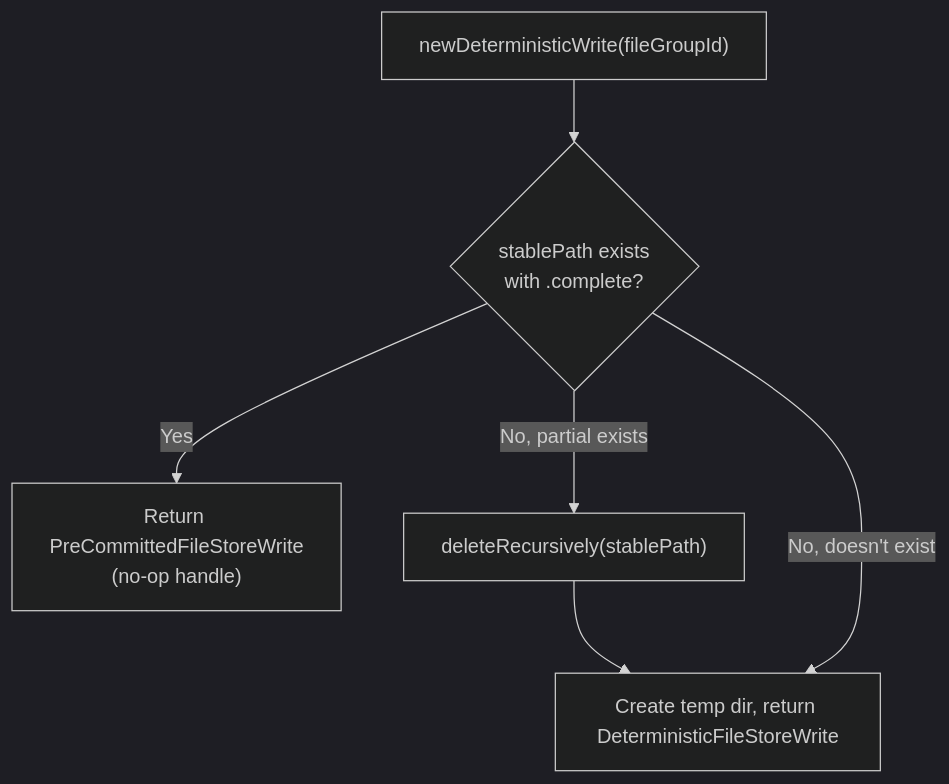
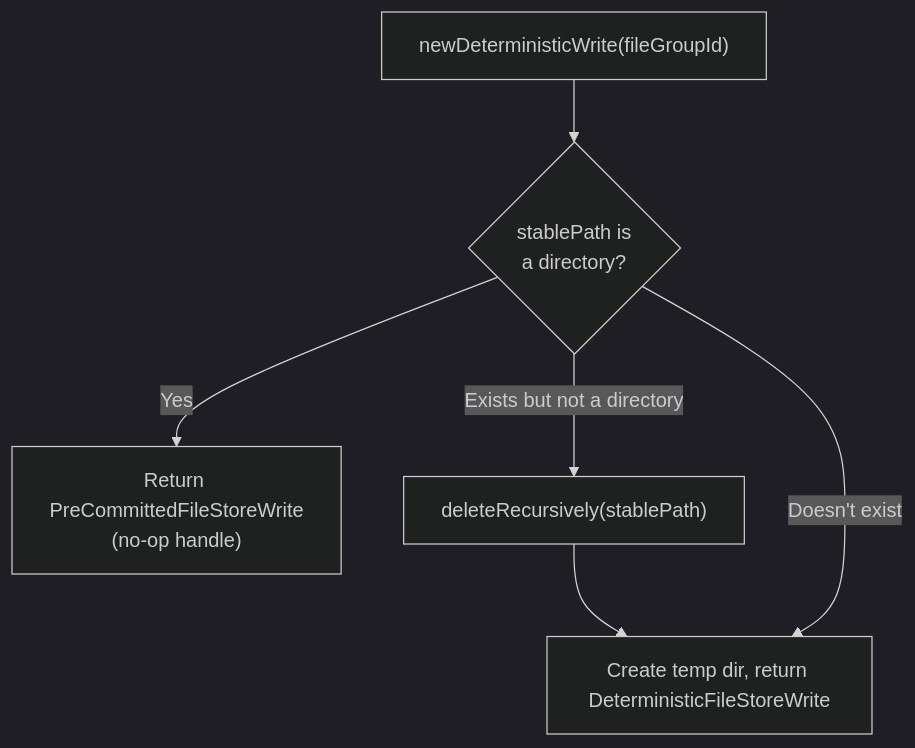
Before and after one commit to gchq/stroom: the third of 10 diagrams in stroom-proxy/designs/infrastructure/file-stores.md, drawn with Mermaid (dark theme). The commit also changed other lines of this file and 7 other files, not shown here.

````diff
--- a/stroom-proxy/designs/infrastructure/file-stores.md
+++ b/stroom-proxy/designs/infrastructure/file-stores.md
@@ -113,8 +120,8 @@
 ```mermaid
 flowchart TD
-    A["newDeterministicWrite(fileGroupId)"] --> B{"stablePath exists\nwith .complete?"}
+    A["newDeterministicWrite(fileGroupId)"] --> B{"stablePath is\na directory?"}
     B -->|Yes| C["Return PreCommittedFileStoreWrite\n(no-op handle)"]
-    B -->|No, partial exists| D["deleteRecursively(stablePath)"]
+    B -->|"Exists but not a directory"| D["deleteRecursively(stablePath)"]
     D --> E["Create temp dir, return DeterministicFileStoreWrite"]
-    B -->|No, doesn't exist| E
+    B -->|"Doesn't exist"| E
 ```
````
